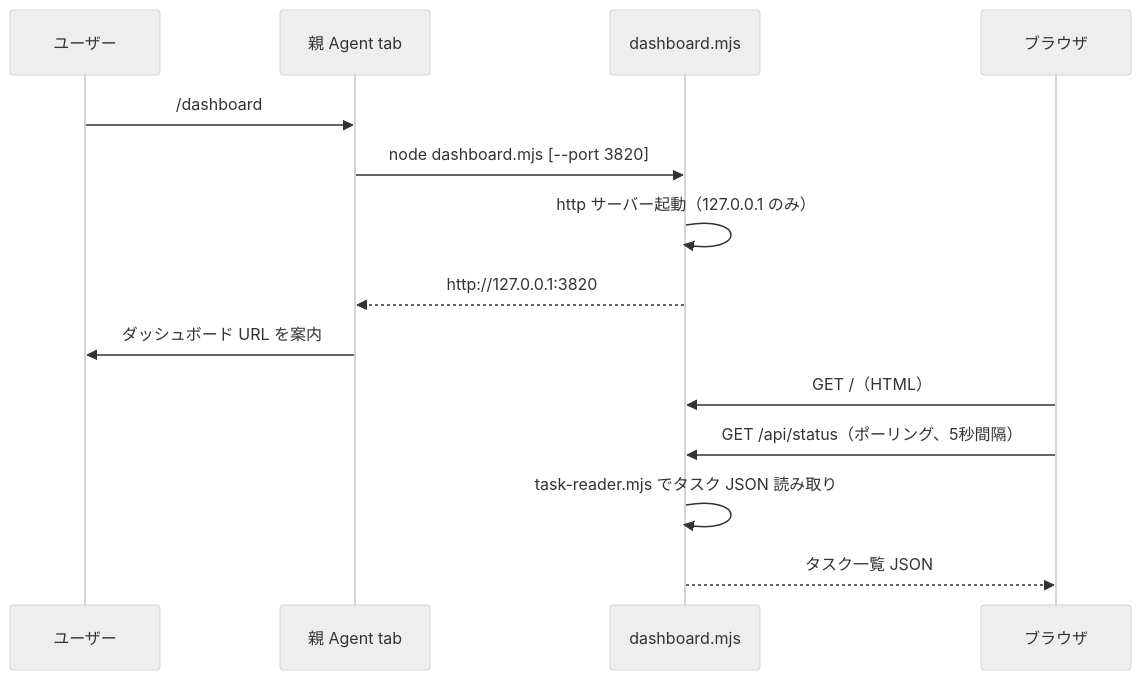
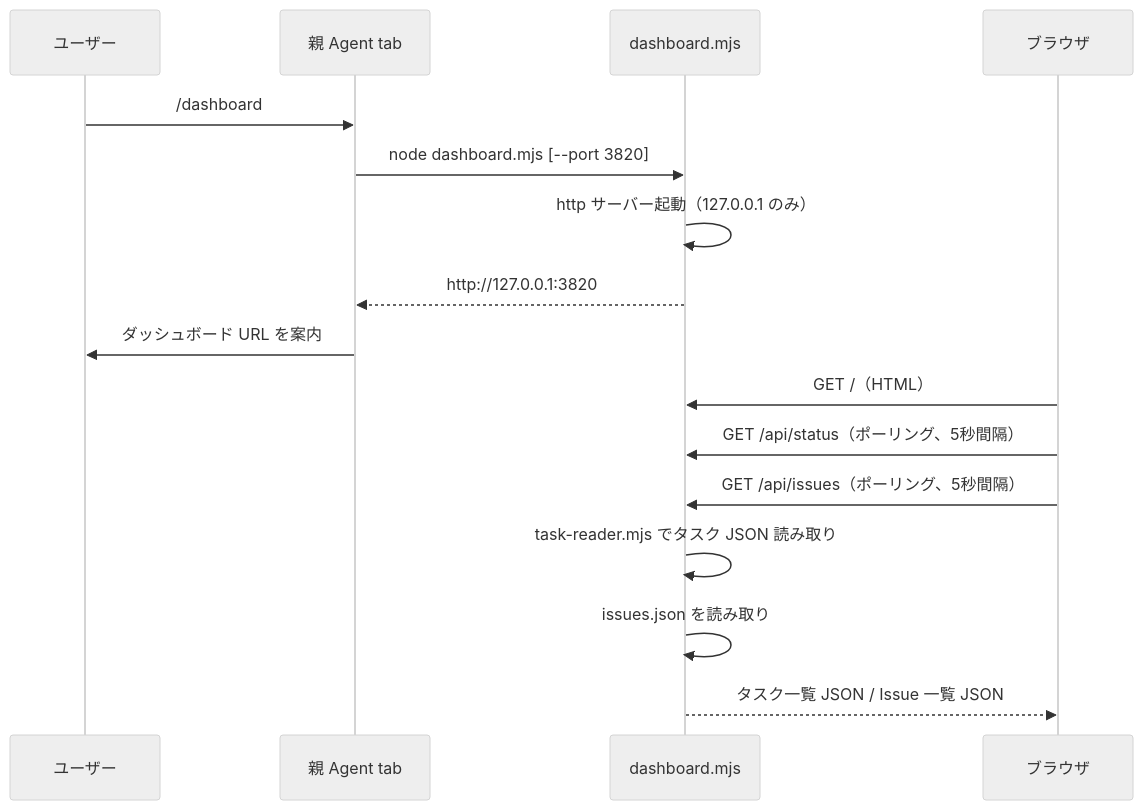
Before and after one commit to retocrooman/cursor-power: diagram 13 of 14 in DESIGN.md, drawn with Mermaid (neutral theme). The commit also changed other lines of this file and 6 other files, not shown here.

````diff
--- a/DESIGN.md
+++ b/DESIGN.md
@@ -490,17 +490,19 @@
 ```mermaid
 sequenceDiagram
   participant U as ユーザー
   participant P as 親 Agent tab
   participant D as dashboard.mjs
   participant B as ブラウザ
 
   U->>P: /dashboard
   P->>D: node dashboard.mjs [--port 3820]
   D->>D: http サーバー起動（127.0.0.1 のみ）
   D-->>P: http://127.0.0.1:3820
   P->>U: ダッシュボード URL を案内
   B->>D: GET /（HTML）
   B->>D: GET /api/status（ポーリング、5秒間隔）
+  B->>D: GET /api/issues（ポーリング、5秒間隔）
   D->>D: task-reader.mjs でタスク JSON 読み取り
-  D-->>B: タスク一覧 JSON
+  D->>D: issues.json を読み取り
+  D-->>B: タスク一覧 JSON / Issue 一覧 JSON
 ```
````
